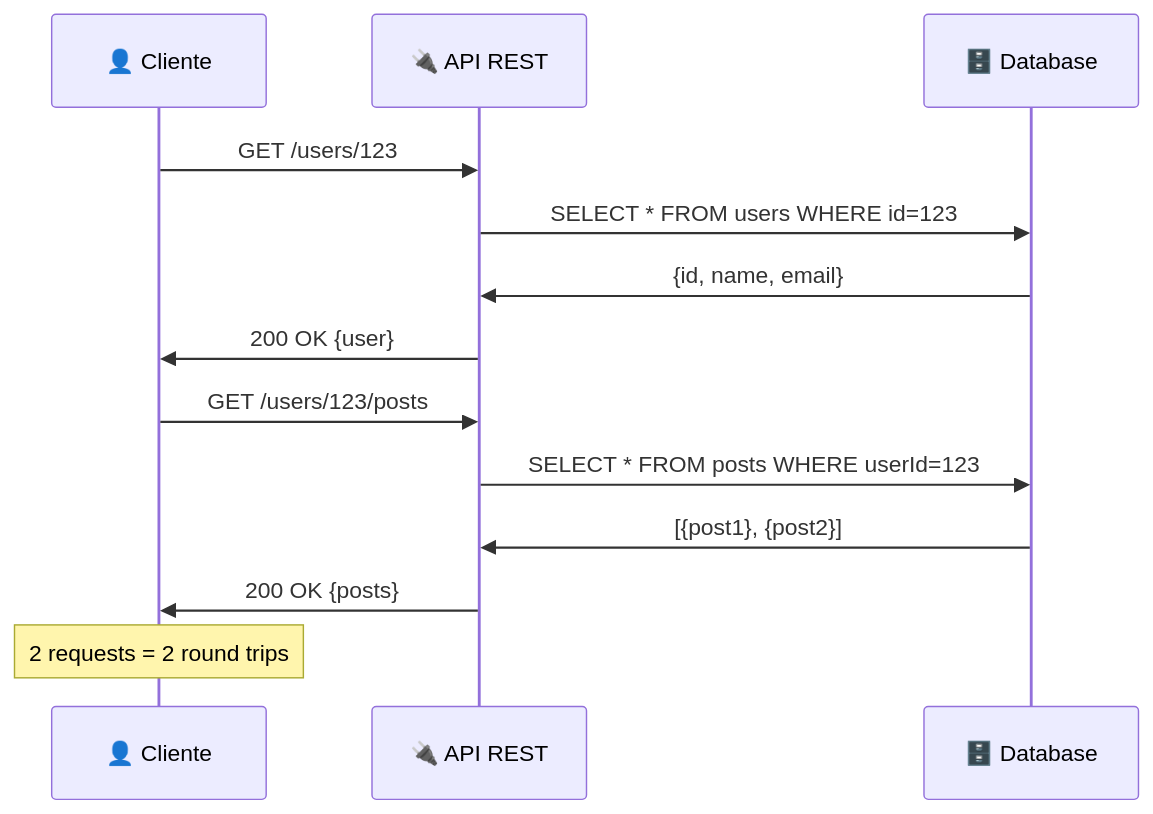
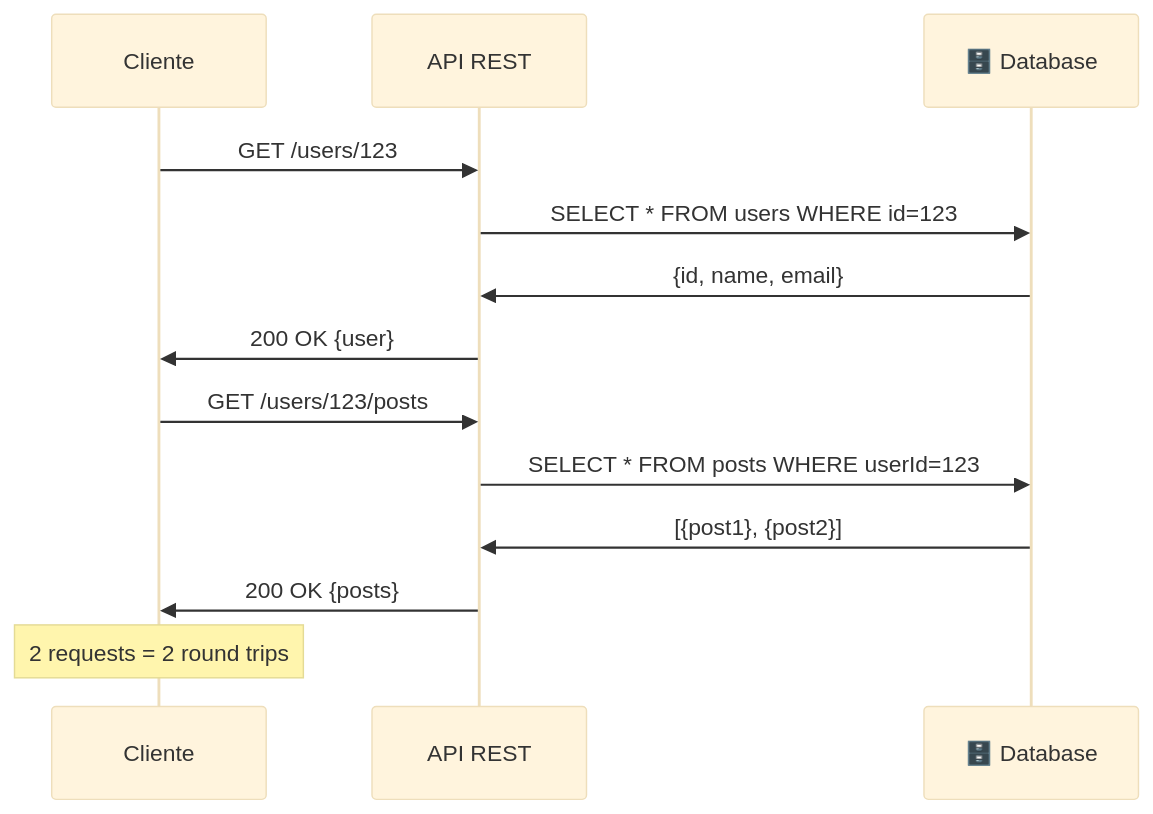
One commit to Ai-Whisperers/Courses-Content changed the sixth of 10 diagrams in courses/🟡-development/FPUNA-2026/01-DESARROLLO-SOFTWARE/01-arquitectura-software.md. Above: the diagram before and after it, drawn with Mermaid. The commit also changed other lines of this file and 47 other files, not shown here.

First line of the commit message:
fix: Make all 473 diagrams WCAG AAA accessible (FPUNA-2026)

````diff
--- a/courses/🟡-development/FPUNA-2026/01-DESARROLLO-SOFTWARE/01-arquitectura-software.md
+++ b/courses/🟡-development/FPUNA-2026/01-DESARROLLO-SOFTWARE/01-arquitectura-software.md
@@ -263,18 +268,19 @@
 ```mermaid
+%%{init: {'theme':'base', 'themeVariables': {'fontSize':'18px'}}}%%
 sequenceDiagram
-    participant C as 👤 Cliente
-    participant A as 🔌 API REST
+    participant C as Cliente
+    participant A as API REST
     participant D as 🗄️ Database
     
     C->>A: GET /users/123
     A->>D: SELECT * FROM users WHERE id=123
     D->>A: {id, name, email}
     A->>C: 200 OK {user}
     
     C->>A: GET /users/123/posts
     A->>D: SELECT * FROM posts WHERE userId=123
     D->>A: [{post1}, {post2}]
     A->>C: 200 OK {posts}
     
     Note over C: 2 requests = 2 round trips
 ```
````
